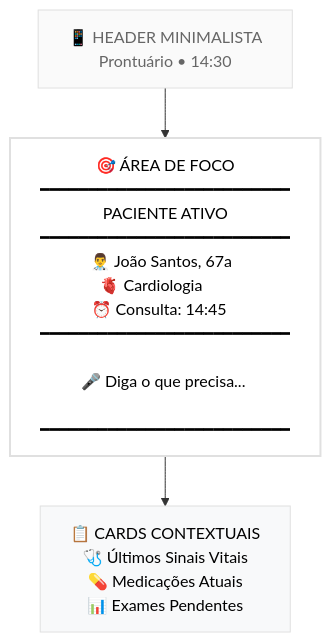
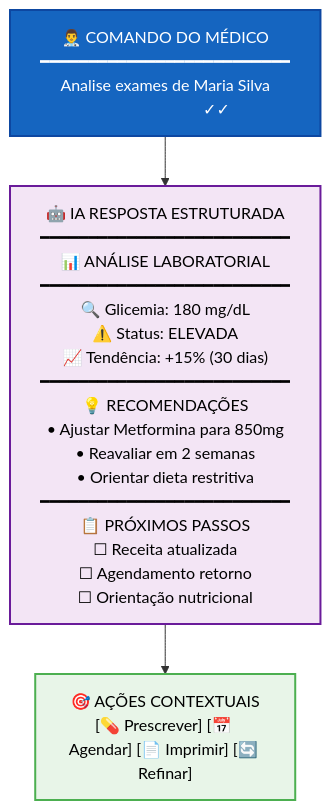
The third of 15 diagrams in DESIGN.md (brunovlucena/prontuario), drawn with Mermaid before and after one commit. The commit also changed other lines of this file, not shown here.

````diff
--- a/DESIGN.md
+++ b/DESIGN.md
@@ -81,15 +105,15 @@
 ```mermaid
 flowchart TD
-    MinimalHeader["📱 HEADER MINIMALISTA<br/>Prontuário • 14:30"]
+    UserQuery["👨‍⚕️ COMANDO DO MÉDICO<br/>━━━━━━━━━━━━━━━━━━━━━━━━━━<br/>Analise exames de Maria Silva<br/>                         ✓✓"]
     
-    FocusArea["🎯 ÁREA DE FOCO<br/>━━━━━━━━━━━━━━━━━━━━━━━━━━<br/>       PACIENTE ATIVO       <br/>━━━━━━━━━━━━━━━━━━━━━━━━━━<br/>    👨‍⚕️ João Santos, 67a      <br/>    🫀 Cardiologia           <br/>    ⏰ Consulta: 14:45       <br/>━━━━━━━━━━━━━━━━━━━━━━━━━━<br/>                              <br/>  🎤 Diga o que precisa...   <br/>                              <br/>━━━━━━━━━━━━━━━━━━━━━━━━━━"]
+    AIResponse["🤖 IA RESPOSTA ESTRUTURADA<br/>━━━━━━━━━━━━━━━━━━━━━━━━━━<br/>📊 ANÁLISE LABORATORIAL<br/>━━━━━━━━━━━━━━━━━━━━━━━━━━<br/>🔍 Glicemia: 180 mg/dL<br/>⚠️ Status: ELEVADA<br/>📈 Tendência: +15% (30 dias)<br/>━━━━━━━━━━━━━━━━━━━━━━━━━━<br/>💡 RECOMENDAÇÕES<br/>• Ajustar Metformina para 850mg<br/>• Reavaliar em 2 semanas<br/>• Orientar dieta restritiva<br/>━━━━━━━━━━━━━━━━━━━━━━━━━━<br/>📋 PRÓXIMOS PASSOS<br/>☐ Receita atualizada<br/>☐ Agendamento retorno<br/>☐ Orientação nutricional"]
     
-    ContextCards["📋 CARDS CONTEXTUAIS<br/>🩺 Últimos Sinais Vitais<br/>💊 Medicações Atuais<br/>📊 Exames Pendentes"]
+    ActionButtons["🎯 AÇÕES CONTEXTUAIS<br/>[💊 Prescrever] [📅 Agendar] [📄 Imprimir] [🔄 Refinar]"]
 
-    MinimalHeader --> FocusArea
-    FocusArea --> ContextCards
+    UserQuery --> AIResponse
+    AIResponse --> ActionButtons
 
-    style MinimalHeader fill:#FAFAFA,stroke:#E0E0E0,stroke-width:1px,color:#666
-    style FocusArea fill:#FFFFFF,stroke:#E0E0E0,stroke-width:2px,color:#000
-    style ContextCards fill:#F8F9FA,stroke:#E0E0E0,stroke-width:1px,color:#000
+    style UserQuery fill:#1565C0,stroke:#0D47A1,stroke-width:2px,color:#fff
+    style AIResponse fill:#F3E5F5,stroke:#6A1B9A,stroke-width:2px,color:#000
+    style ActionButtons fill:#E8F5E8,stroke:#4CAF50,stroke-width:2px,color:#000
 ```
````
